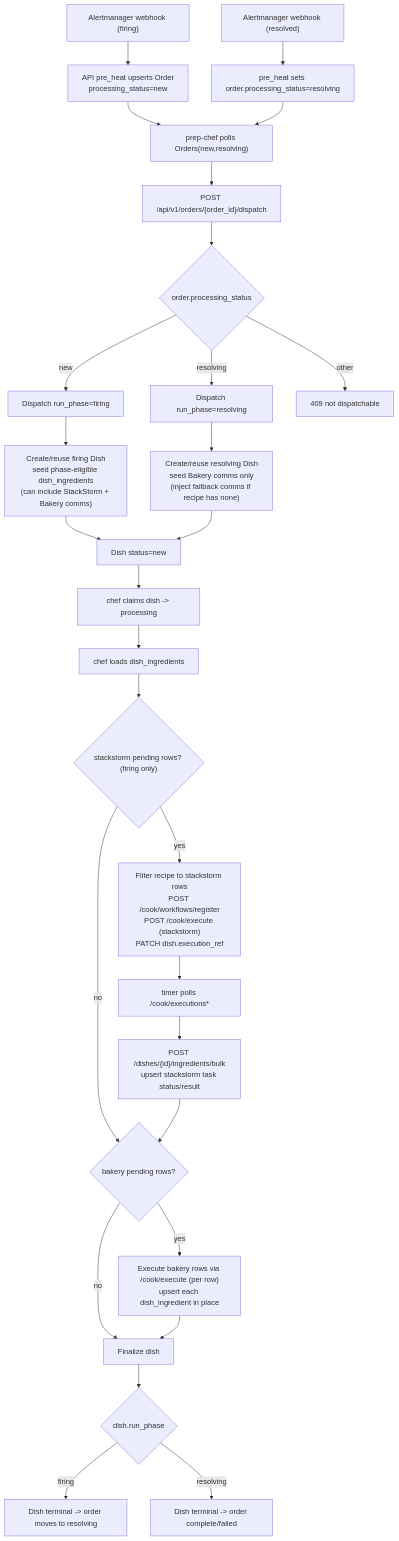
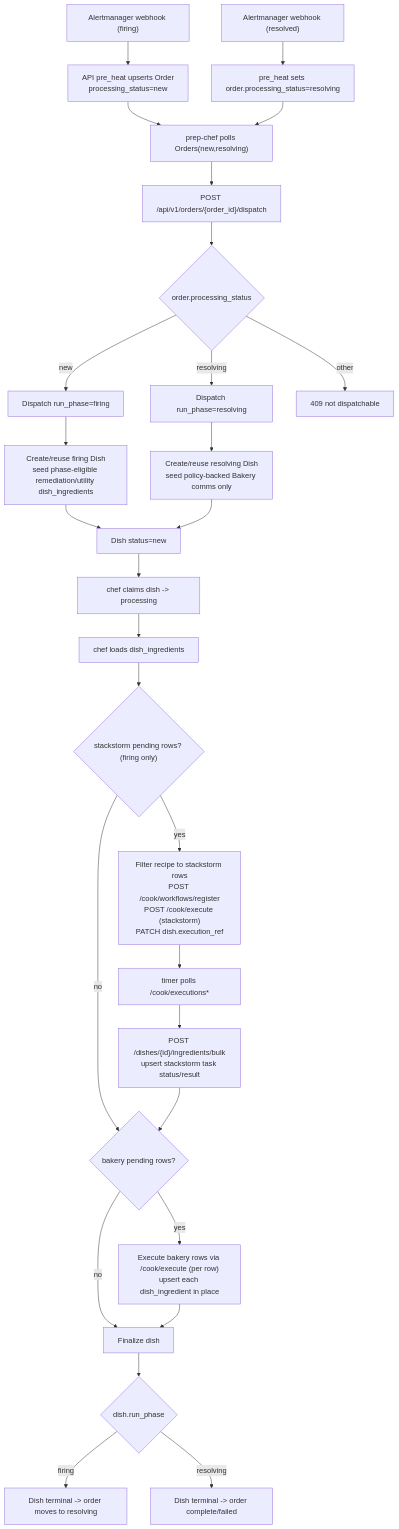
The second of 7 diagrams in README.md (rackerlabs/poundcake), drawn with Mermaid before and after one commit. The commit also changed other lines of this file and 23 other files, not shown here.

````diff
--- a/README.md
+++ b/README.md
@@ -56,40 +56,40 @@
 ```mermaid
 flowchart TD
   A["Alertmanager webhook (firing)"] --> B["API pre_heat upserts Order<br/>processing_status=new"]
   B --> C["prep-chef polls Orders(new,resolving)"]
   C --> D["POST /api/v1/orders/{order_id}/dispatch"]
 
   D --> E{"order.processing_status"}
   E -->|new| F["Dispatch run_phase=firing"]
   E -->|resolving| G["Dispatch run_phase=resolving"]
   E -->|other| H["409 not dispatchable"]
 
-  F --> I["Create/reuse firing Dish<br/>seed phase-eligible dish_ingredients<br/>(can include StackStorm + Bakery comms)"]
-  G --> J["Create/reuse resolving Dish<br/>seed Bakery comms only<br/>(inject fallback comms if recipe has none)"]
+  F --> I["Create/reuse firing Dish<br/>seed phase-eligible remediation/utility dish_ingredients"]
+  G --> J["Create/reuse resolving Dish<br/>seed policy-backed Bakery comms only"]
 
   I --> K["Dish status=new"]
   J --> K
 
   K --> L["chef claims dish -> processing"]
   L --> M["chef loads dish_ingredients"]
   M --> N{"stackstorm pending rows? (firing only)"}
 
   N -->|yes| O["Filter recipe to stackstorm rows<br/>POST /cook/workflows/register<br/>POST /cook/execute (stackstorm)<br/>PATCH dish.execution_ref"]
   N -->|no| P{"bakery pending rows?"}
 
   O --> Q["timer polls /cook/executions*"]
   Q --> R["POST /dishes/{id}/ingredients/bulk<br/>upsert stackstorm task status/result"]
   R --> P
 
   P -->|yes| S["Execute bakery rows via /cook/execute (per row)<br/>upsert each dish_ingredient in place"]
   P -->|no| T["Finalize dish"]
 
   S --> T
 
   T --> U{"dish.run_phase"}
   U -->|firing| V["Dish terminal -> order moves to resolving"]
   U -->|resolving| W["Dish terminal -> order complete/failed"]
 
   X["Alertmanager webhook (resolved)"] --> Y["pre_heat sets order.processing_status=resolving"]
   Y --> C
 ```
````
